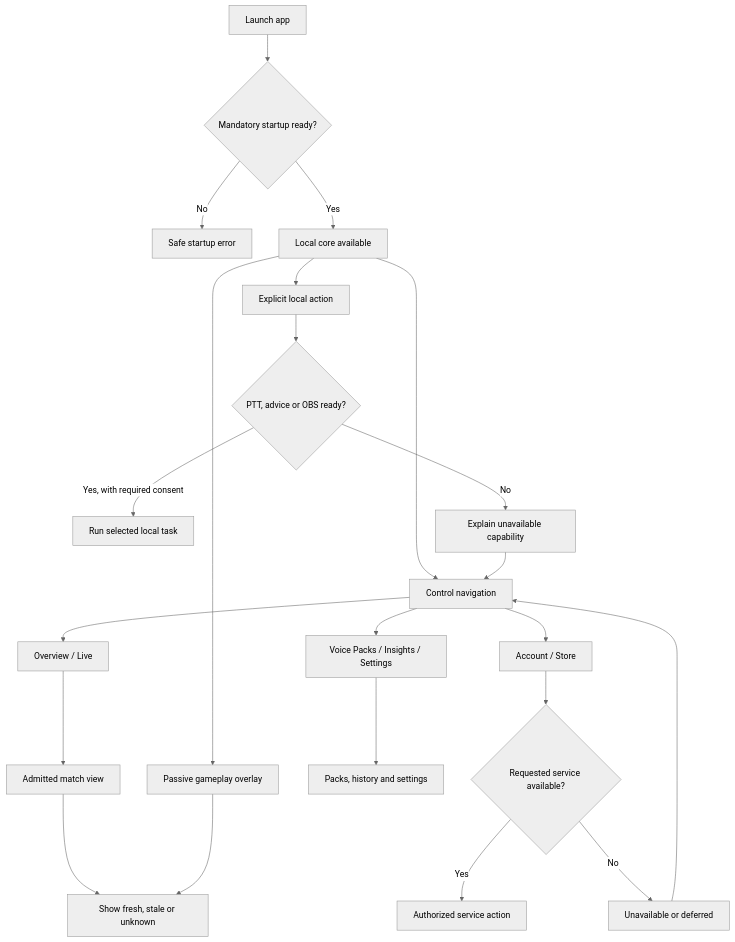
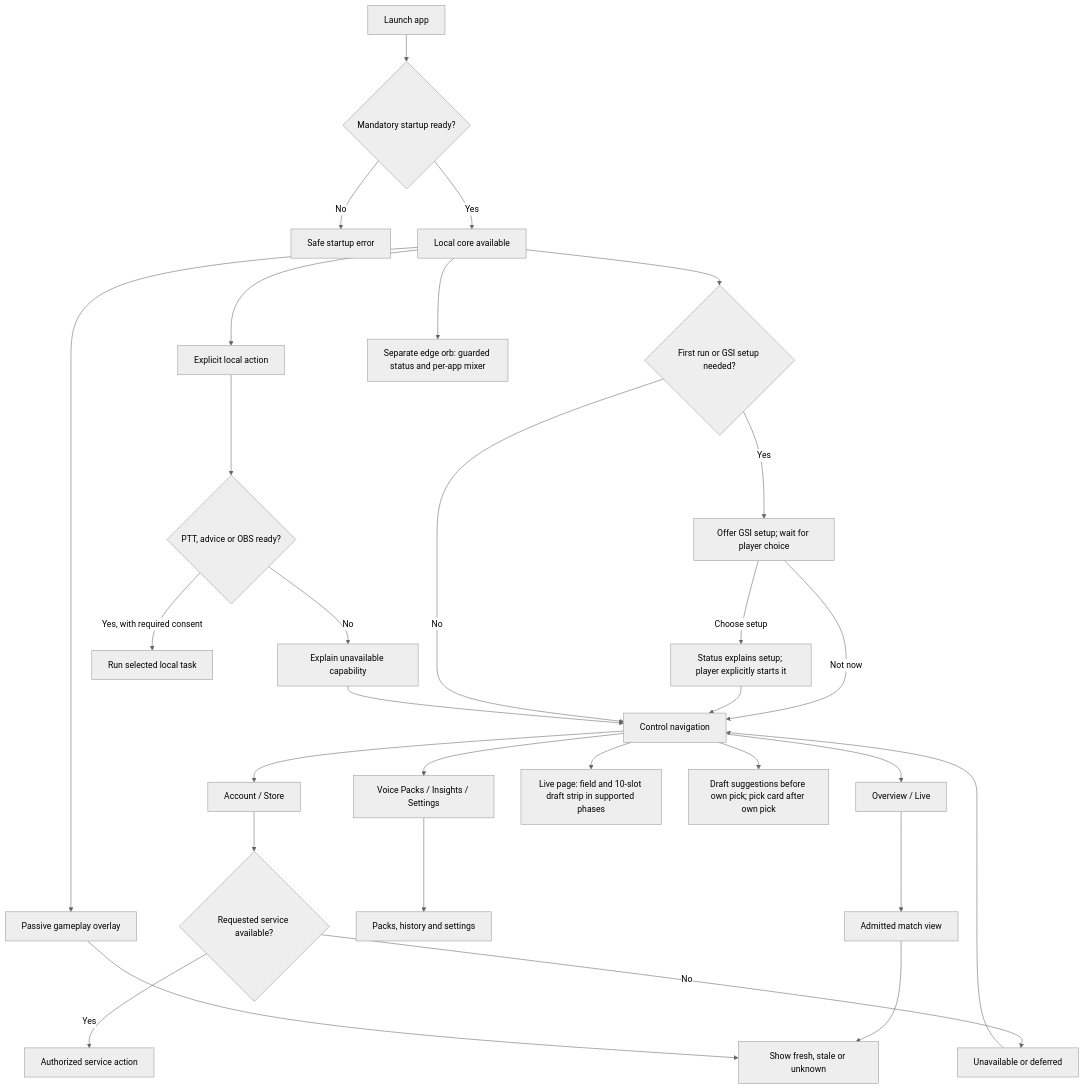
One commit to Freshair129/kohbor changed the diagram in docs/diagrams/source/DGM-017-user-flow.mmd. Above: the diagram before and after it, drawn with Mermaid (neutral theme). The commit also changed 33 other files, not shown here.

First line of the commit message:
docs(spec): record DEC-CRITICAL-MEDIA and DEC-RISK-DETAIL approach, add UI-012 draft strip, refresh diagrams

```diff
--- a/docs/diagrams/source/DGM-017-user-flow.mmd
+++ b/docs/diagrams/source/DGM-017-user-flow.mmd
@@ -1,25 +1,34 @@
 flowchart TB
   Start["Launch app"] --> Ready{"Mandatory startup ready?"}
   Ready -->|No| Error["Safe startup error"]
   Ready -->|Yes| Core["Local core available"]
-  Core --> Nav["Control navigation"]
+  Core --> GsiCheck{"First run or GSI setup needed?"}
+  GsiCheck -->|Yes| SetupPrompt["Offer GSI setup; wait for player choice"]
+  SetupPrompt -->|Choose setup| GsiSetup["Status explains setup; player explicitly starts it"]
+  SetupPrompt -->|Not now| Nav
+  GsiSetup --> Nav
+  GsiCheck -->|No| Nav
+  Nav["Control navigation"]
   Core --> Overlay["Passive gameplay overlay"]
   Core --> Act["Explicit local action"]
 
   Nav --> Match["Overview / Live"]
   Nav --> Tools["Voice Packs / Insights / Settings"]
   Nav --> Optional["Account / Store"]
+  Nav --> Live["Live page: field and 10-slot draft strip in supported phases"]
+  Nav --> Pick["Draft suggestions before own pick; pick card after own pick"]
+  Core --> Orb["Separate edge orb: guarded status and per-app mixer"]
   Match --> Read["Admitted match view"]
   Tools --> Manage["Packs, history and settings"]
   Optional --> Service{"Requested service available?"}
   Service -->|Yes| Access["Authorized service action"]
   Service -->|No| Deferred["Unavailable or deferred"]
 
   Act --> Task{"PTT, advice or OBS ready?"}
   Task -->|Yes, with required consent| Run["Run selected local task"]
   Task -->|No| Explain["Explain unavailable capability"]
 
   Read --> Truth["Show fresh, stale or unknown"]
   Overlay --> Truth
   Deferred --> Nav
   Explain --> Nav
```
